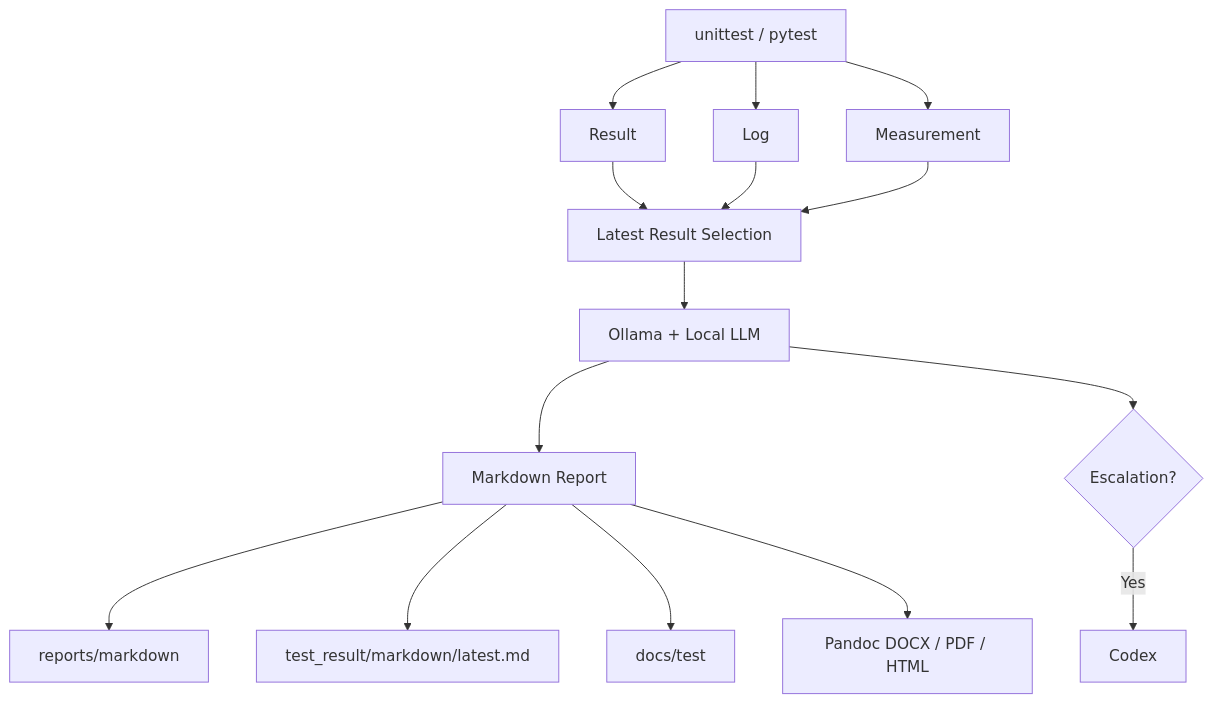
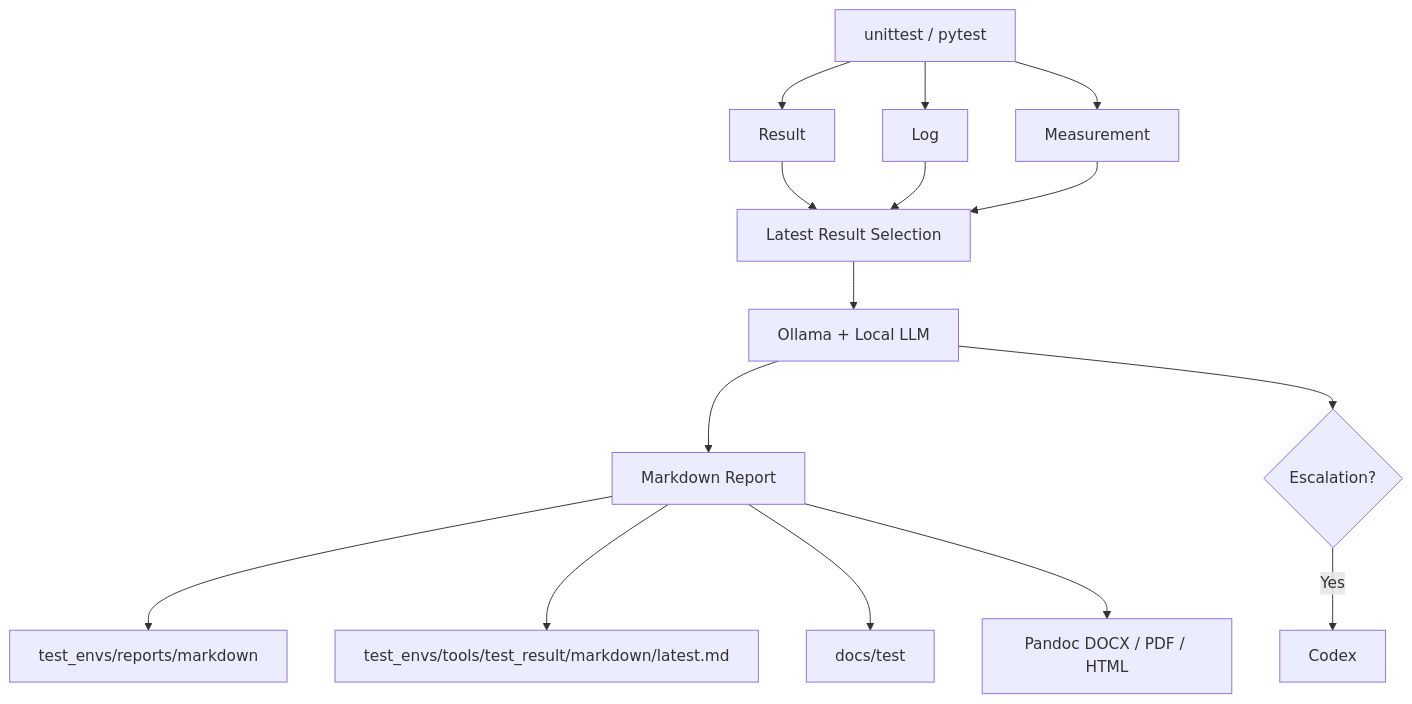
The fifth of 5 diagrams in docs/index.md (JeonghunLee/AI-driven-CI-CT), drawn with Mermaid before and after one commit. The commit also changed other lines of this file and 180 other files, not shown here.

````diff
--- a/docs/index.md
+++ b/docs/index.md
@@ -276,17 +264,17 @@
 ```mermaid
 flowchart TD
     A[unittest / pytest] --> B[Result]
     A --> C[Log]
     A --> D[Measurement]
     B --> E[Latest Result Selection]
     C --> E
     D --> E
     E --> F[Ollama + Local LLM]
     F --> G[Markdown Report]
-    G --> H[reports/markdown]
-    G --> I[test_result/markdown/latest.md]
+    G --> H[test_envs/reports/markdown]
+    G --> I[test_envs/tools/test_result/markdown/latest.md]
     G --> J[docs/test]
     G --> K[Pandoc DOCX / PDF / HTML]
     F --> L{Escalation?}
     L -- Yes --> M[Codex]
 ```
````
